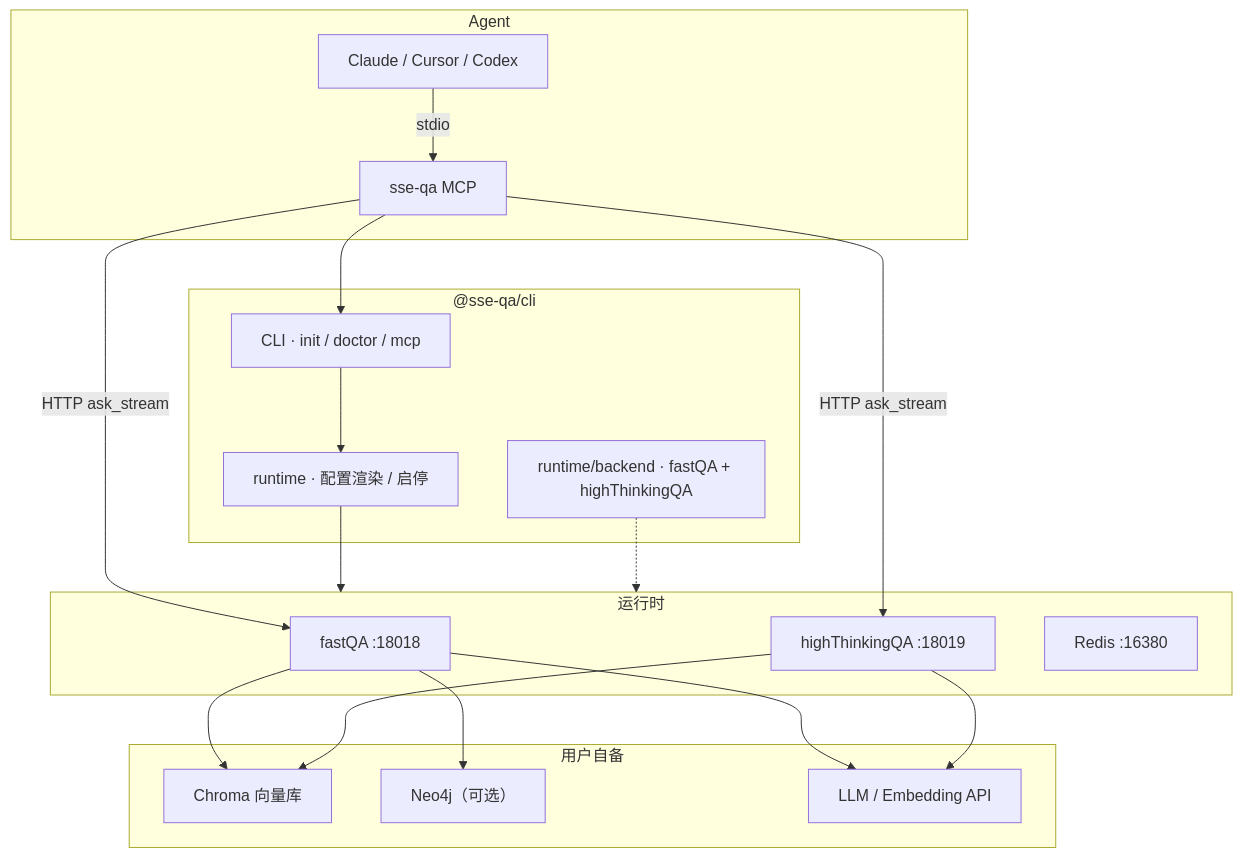
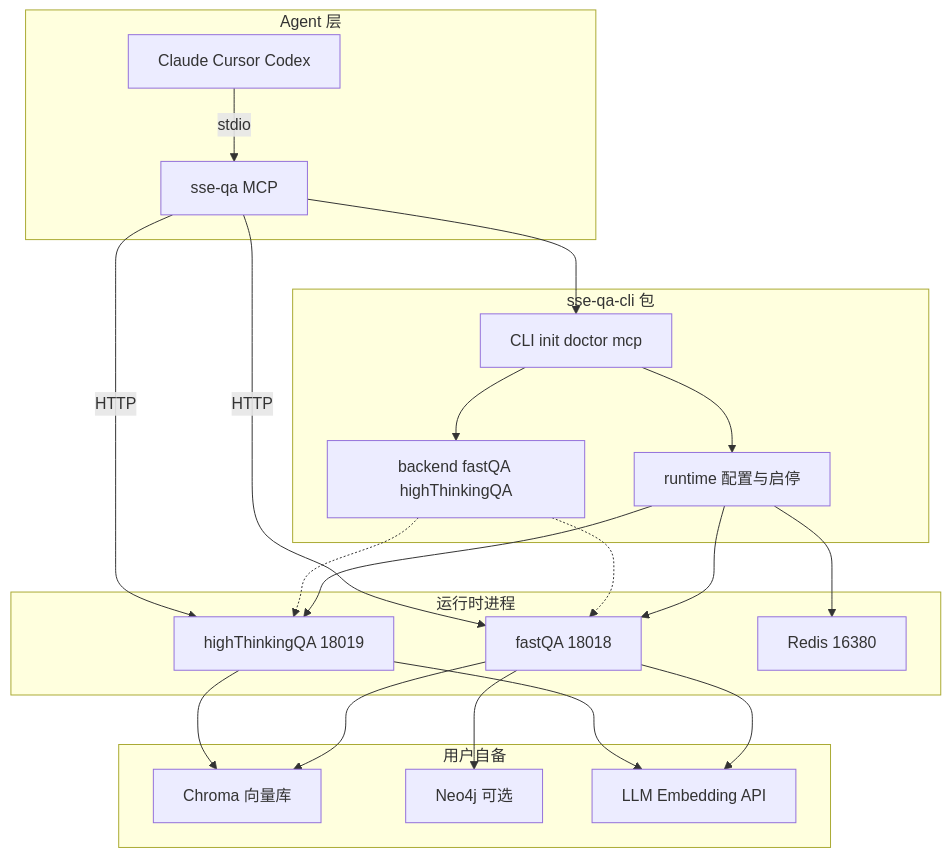
One commit to BaBaoZhooou/SSE_QA changed the first of 3 diagrams in README.md. Above: the diagram before and after it, drawn with Mermaid. The commit also changed other lines of this file and 1 other file, not shown here.

Commit message:
docs: fix GitHub README rendering (Mermaid and math)
Avoid $ in table/prose that triggers LaTeX errors; simplify Mermaid labels
and replace subgraph links with direct node edges for GitHub compatibility.

````diff
--- a/README.md
+++ b/README.md
@@ -216,38 +216,42 @@
 ```mermaid
 flowchart TB
-  subgraph agentLayer [Agent]
-    Claude[Claude / Cursor / Codex]
-    MCP["sse-qa MCP"]
+  subgraph agentLayer [Agent 层]
+    Claude[Claude Cursor Codex]
+    MCP[sse-qa MCP]
   end
 
-  subgraph cliPkg ["@sse-qa/cli"]
-    CLI["CLI · init / doctor / mcp"]
-    RT["runtime · 配置渲染 / 启停"]
-    BE["runtime/backend · fastQA + highThinkingQA"]
+  subgraph cliPkg [sse-qa-cli 包]
+    CLI[CLI init doctor mcp]
+    RT[runtime 配置与启停]
+    BE[backend fastQA highThinkingQA]
   end
 
-  subgraph processes [运行时]
-    FastQA["fastQA :18018"]
-    Think["highThinkingQA :18019"]
-    Redis["Redis :16380"]
+  subgraph processes [运行时进程]
+    FastQA[fastQA 18018]
+    Think[highThinkingQA 18019]
+    Redis[Redis 16380]
   end
 
   subgraph userData [用户自备]
-    Chroma["Chroma 向量库"]
-    Neo4j["Neo4j（可选）"]
-    LLM["LLM / Embedding API"]
+    Chroma[Chroma 向量库]
+    Neo4j[Neo4j 可选]
+    LLM[LLM Embedding API]
   end
 
   Claude -->|stdio| MCP
   MCP --> CLI
   CLI --> RT
-  RT --> processes
-  BE -.-> processes
-  MCP -->|HTTP ask_stream| FastQA
-  MCP -->|HTTP ask_stream| Think
+  CLI --> BE
+  RT --> FastQA
+  RT --> Think
+  RT --> Redis
+  BE -.-> FastQA
+  BE -.-> Think
+  MCP -->|HTTP| FastQA
+  MCP -->|HTTP| Think
   FastQA --> Chroma
   FastQA --> Neo4j
   Think --> Chroma
   FastQA --> LLM
   Think --> LLM
 ```
````
